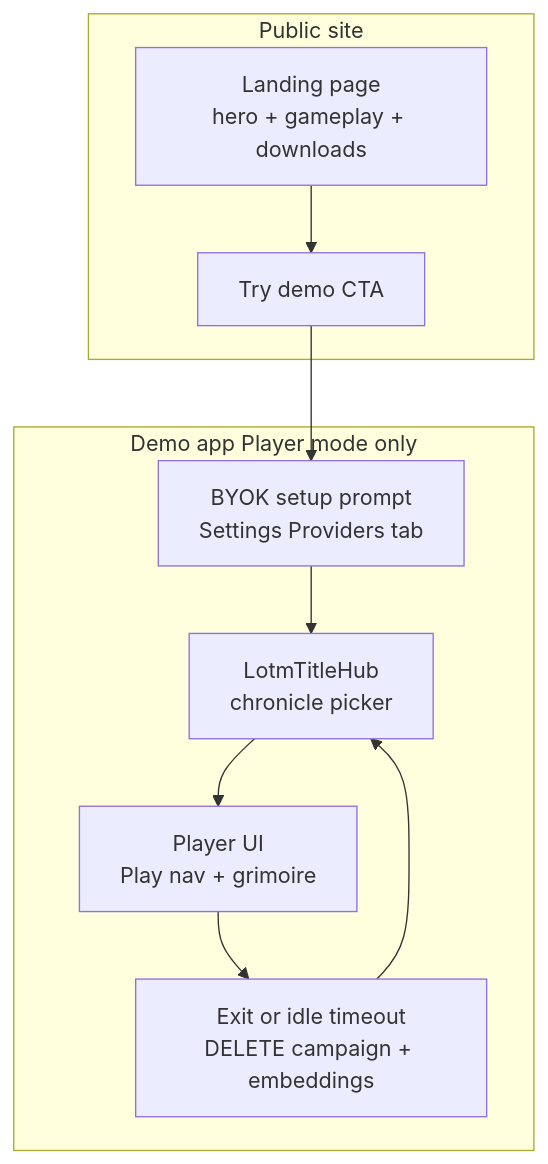
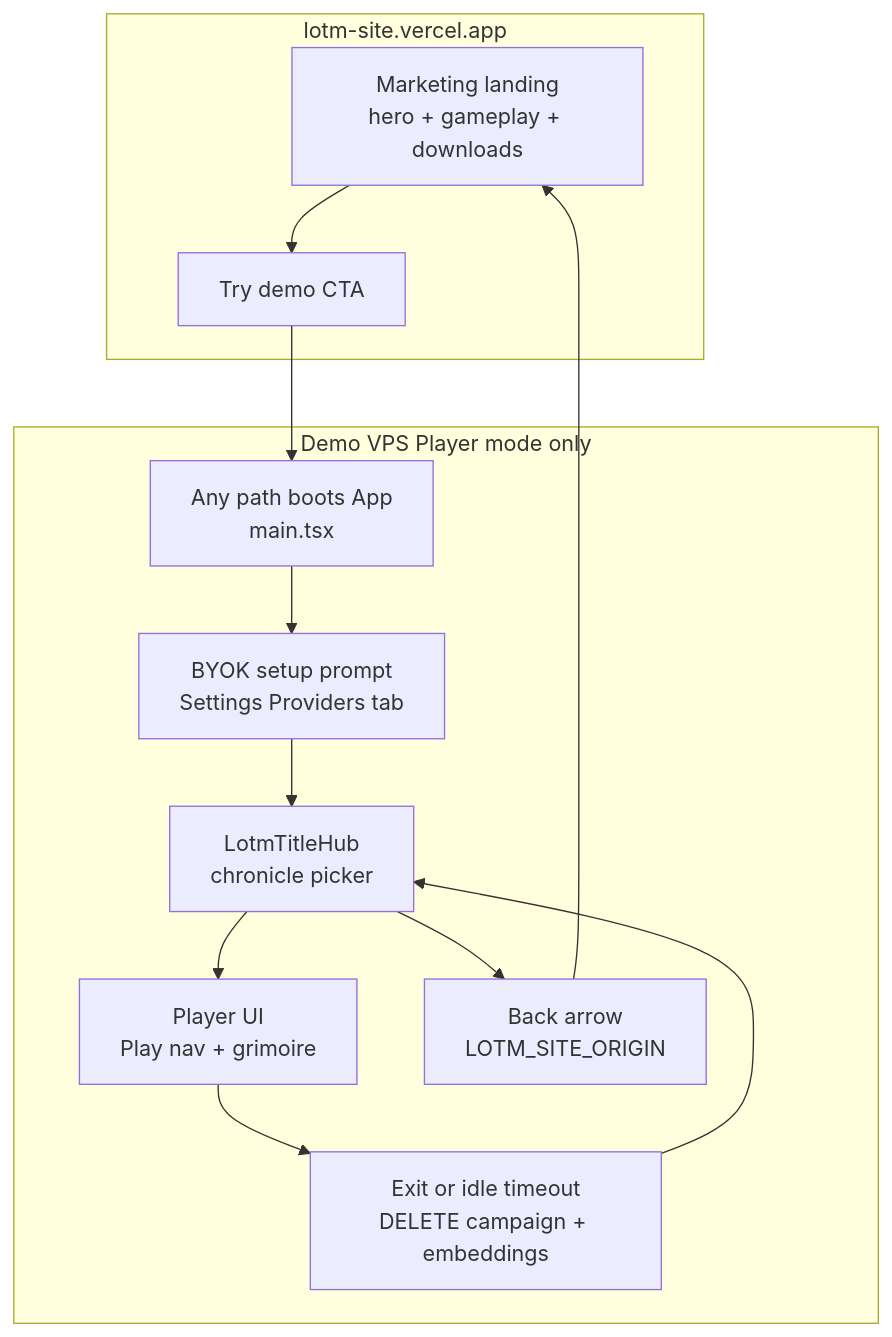
The first of 3 diagrams in docs/agents/demo-vps-player-deployment.md (TheMagiche/LOTM-GAME), drawn with Mermaid before and after one commit. The commit also changed other lines of this file and 10 other files, not shown here.

````diff
--- a/docs/agents/demo-vps-player-deployment.md
+++ b/docs/agents/demo-vps-player-deployment.md
@@ -19,19 +19,24 @@
 ```mermaid
 flowchart TD
-    subgraph publicSite [Public site]
-        Landing["Landing page\nhero + gameplay + downloads"]
+    subgraph publicSite [lotm-site.vercel.app]
+        Landing["Marketing landing\nhero + gameplay + downloads"]
         DemoCTA["Try demo CTA"]
     end
-    subgraph demoApp [Demo app Player mode only]
+    subgraph demoApp [Demo VPS Player mode only]
+        AppBoot["Any path boots App\nmain.tsx"]
         BYOKGate["BYOK setup prompt\nSettings Providers tab"]
         TitleHub["LotmTitleHub\nchronicle picker"]
         PlayShell["Player UI\nPlay nav + grimoire"]
         ExitPurge["Exit or idle timeout\nDELETE campaign + embeddings"]
+        BackLink["Back arrow\nLOTM_SITE_ORIGIN"]
     end
     Landing --> DemoCTA
-    DemoCTA --> BYOKGate
+    DemoCTA --> AppBoot
+    AppBoot --> BYOKGate
     BYOKGate --> TitleHub
     TitleHub --> PlayShell
     PlayShell --> ExitPurge
     ExitPurge --> TitleHub
+    TitleHub --> BackLink
+    BackLink --> Landing
 ```
````
